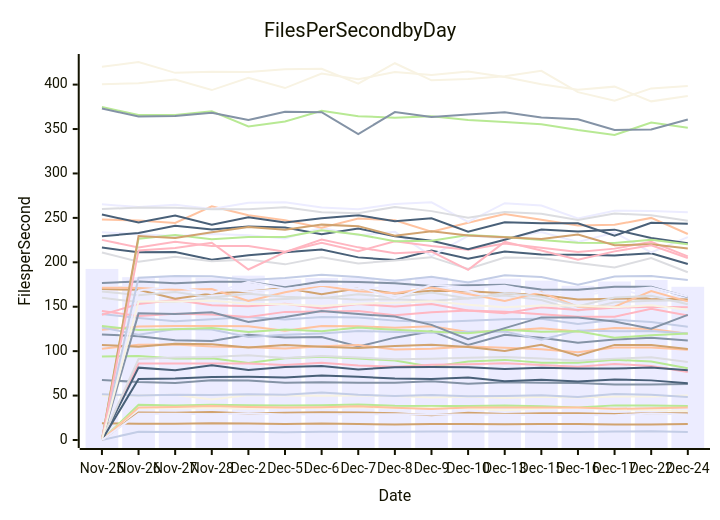
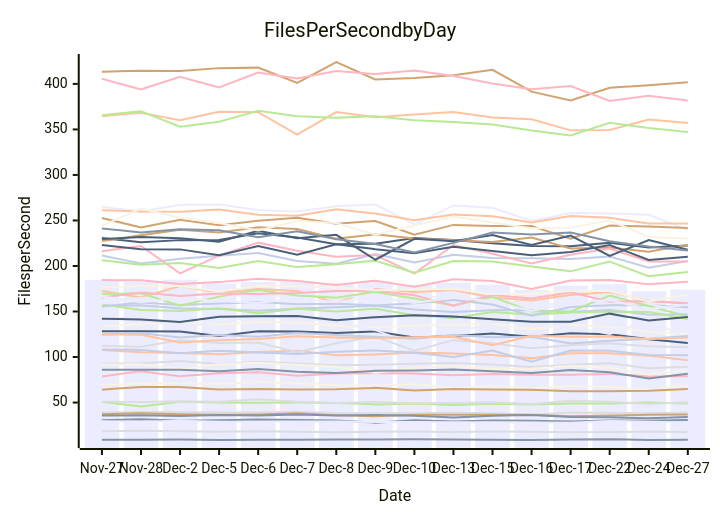
The diagram in perf-report.md (streetsidesoftware/cspell), drawn with Mermaid before and after one commit. The commit also changed other lines of this file and 1 other file, not shown here.

````diff
--- a/perf-report.md
+++ b/perf-report.md
@@ -10,57 +10,57 @@
 ```mermaid
 xychart-beta
     title Files Per Second by Day
     y-axis Files per Second
-    x-axis Date [Nov-25, Nov-26, Nov-27, Nov-28, Dec-2, Dec-5, Dec-6, Dec-7, Dec-8, Dec-9, Dec-10, Dec-13, Dec-15, Dec-16, Dec-17, Dec-22, Dec-24]
-    bar [192.57, 183.27, 184.75, 182.79, 184.99, 180.86, 182.42, 182.83, 180.95, 182.95, 179.19, 181.65, 179.36, 173.64, 178.43, 180.09, 172.48]
-    line [118.80, 116.72, 112.25, 111.37, 118.51, 115.50, 115.87, 105.20, 115.20, 122.48, 107.06, 118.54, 115.18, 109.59, 113.00, 115.03, 111.88]
-    line [124.15, 127.61, 128.38, 128.27, 127.96, 123.07, 128.36, 127.97, 126.37, 128.11, 121.50, 122.96, 125.85, 122.14, 126.07, 124.95, 119.60]
-    line [160.02, 155.33, 155.60, 159.85, 157.03, 158.70, 160.32, 157.97, 158.53, 156.72, 159.18, 162.67, 157.64, 145.39, 155.01, 156.77, 157.19]
-    line [93.97, 94.67, 91.62, 92.04, 86.62, 91.97, 93.82, 91.60, 89.44, 82.46, 88.30, 90.18, 86.83, 87.07, 90.37, 88.26, 80.81]
-    line [18.84, 18.37, 18.41, 18.93, 18.48, 17.91, 18.52, 17.91, 17.46, 17.89, 18.13, 17.78, 18.13, 17.93, 17.37, 17.53, 18.08]
-    line [141.81, 137.38, 133.61, 136.04, 138.47, 135.71, 138.36, 137.92, 134.36, 132.66, 134.27, 135.78, 136.38, 130.55, 135.39, 132.89, 127.54]
-    line [140.96, 153.09, 157.58, 151.62, 150.61, 153.46, 148.08, 152.95, 150.14, 153.13, 145.78, 142.78, 149.53, 146.32, 148.93, 149.89, 149.32]
-    line [216.56, 211.21, 211.52, 202.80, 207.87, 211.25, 214.29, 205.55, 202.50, 213.14, 203.97, 212.22, 208.88, 208.37, 207.77, 210.28, 198.12]
-    line [420.14, 425.45, 413.25, 414.49, 414.13, 417.32, 417.87, 401.19, 424.05, 404.78, 406.35, 409.54, 415.50, 391.53, 381.89, 395.71, 398.52]
-    line [233.95, 231.55, 229.52, 231.73, 230.37, 226.75, 238.77, 230.39, 234.25, 206.87, 229.87, 227.19, 234.07, 222.96, 233.49, 211.10, 228.39]
-    line [67.63, 65.16, 64.17, 67.20, 67.10, 64.34, 65.01, 64.46, 64.51, 66.15, 63.18, 64.91, 64.35, 64.10, 62.51, 62.39, 63.01]
-    line [248.21, 247.03, 244.22, 263.12, 252.89, 247.30, 238.91, 249.28, 247.23, 234.36, 244.44, 254.37, 247.88, 241.35, 242.19, 249.98, 231.90]
-    line [210.97, 200.63, 206.29, 201.28, 203.16, 197.69, 205.56, 198.75, 201.98, 205.78, 192.58, 205.45, 204.82, 199.34, 194.10, 204.78, 188.75]
-    line [374.93, 365.77, 365.67, 369.95, 352.91, 358.41, 370.56, 364.48, 362.78, 364.44, 360.18, 358.05, 355.49, 348.84, 343.31, 357.38, 351.53]
-    line [169.85, 169.02, 158.91, 164.95, 167.24, 171.12, 163.98, 170.66, 165.03, 168.12, 167.40, 165.15, 163.12, 158.04, 158.90, 159.56, 158.26]
-    line [126.69, 118.47, 125.05, 124.39, 115.88, 118.39, 119.81, 122.77, 121.45, 120.76, 121.79, 122.20, 112.97, 123.23, 122.39, 122.57, 119.82]
-    line [225.23, 216.74, 223.01, 218.30, 218.24, 211.89, 221.99, 212.41, 223.76, 218.34, 214.11, 221.23, 216.34, 211.66, 215.40, 222.98, 206.68]
-    line [253.84, 244.86, 252.77, 242.22, 250.75, 244.77, 249.57, 253.00, 246.33, 249.46, 234.43, 245.12, 243.88, 243.97, 230.01, 244.43, 243.32]
-    line [50.21, 50.12, 50.94, 45.60, 50.75, 50.03, 49.80, 49.98, 49.59, 47.97, 48.84, 47.30, 48.59, 47.94, 49.07, 48.96, 49.98]
-    line [265.39, 262.12, 264.70, 259.96, 267.12, 267.54, 261.60, 259.75, 265.50, 267.60, 245.47, 266.55, 263.96, 249.42, 258.13, 257.62, 256.30]
-    line [373.17, 364.09, 364.55, 368.33, 360.08, 369.35, 368.90, 344.39, 369.08, 363.46, 366.29, 369.00, 363.03, 361.09, 348.96, 349.43, 360.81]
-    line [102.72, 107.24, 107.62, 105.35, 104.37, 103.06, 105.64, 106.80, 101.95, 102.69, 105.10, 103.83, 102.19, 98.64, 104.01, 104.04, 101.53]
-    line [259.88, 261.65, 261.27, 259.85, 259.59, 261.91, 256.38, 255.24, 262.31, 257.60, 250.13, 256.58, 254.55, 247.67, 254.88, 252.93, 246.70]
-    line [128.18, 123.81, 124.58, 126.05, 121.44, 124.27, 122.27, 126.51, 124.16, 122.14, 120.17, 124.20, 121.82, 122.30, 114.99, 117.98, 119.98]
-    line [106.99, 105.01, 108.35, 107.81, 104.02, 106.94, 104.99, 103.46, 105.91, 107.21, 104.66, 100.11, 107.13, 94.87, 107.05, 106.83, 102.33]
-    line [51.36, 50.08, 50.94, 50.51, 51.36, 50.85, 53.51, 50.97, 49.51, 50.73, 49.15, 49.54, 50.29, 48.39, 51.90, 50.84, 48.41]
-    line [145.20, 139.52, 142.17, 141.34, 138.40, 144.20, 144.71, 145.14, 140.38, 143.82, 145.78, 144.45, 141.51, 138.80, 138.75, 147.65, 140.01]
-    line [229.25, 233.06, 241.24, 236.91, 240.36, 239.27, 231.52, 238.08, 229.24, 224.19, 214.79, 225.36, 236.86, 234.70, 236.77, 227.25, 221.39]
-    line [400.47, 401.59, 405.72, 393.85, 407.78, 396.11, 412.42, 405.98, 414.20, 410.80, 414.80, 408.65, 400.36, 394.11, 397.72, 381.16, 387.10]
-    line [172.43, 172.30, 165.40, 170.85, 167.09, 169.78, 169.21, 170.29, 172.44, 172.82, 167.78, 156.48, 168.20, 164.35, 171.17, 160.66, 161.47]
-    line [176.75, 178.41, 176.49, 178.04, 178.10, 172.07, 178.26, 177.85, 176.41, 173.41, 174.24, 174.74, 169.36, 169.15, 172.44, 172.46, 160.97]
-    line [171.44, 171.10, 169.17, 169.92, 156.42, 166.33, 173.70, 167.47, 165.08, 171.54, 164.38, 156.51, 166.27, 150.03, 149.99, 167.61, 155.99]
-    line [167.27, 163.00, 166.53, 160.28, 164.60, 161.29, 159.50, 164.08, 160.40, 166.00, 159.37, 165.42, 161.29, 150.68, 160.30, 162.32, 152.82]
-    line [0.00, 39.61, 38.93, 39.59, 39.21, 38.95, 39.16, 39.98, 38.54, 38.36, 38.36, 38.81, 38.12, 36.63, 38.97, 38.70, 38.32]
-    line [0.00, 30.81, 30.58, 31.64, 29.90, 30.63, 31.36, 30.89, 30.17, 27.90, 30.55, 29.22, 30.21, 30.10, 29.27, 30.24, 30.04]
-    line [0.00, 9.27, 9.05, 9.13, 9.38, 8.86, 9.19, 9.24, 9.33, 9.47, 9.61, 9.47, 9.27, 8.94, 9.45, 9.78, 8.90]
-    line [0.00, 86.16, 86.09, 86.12, 86.10, 84.45, 86.85, 83.80, 82.54, 84.79, 85.17, 86.33, 84.51, 82.32, 85.67, 83.25, 76.44]
-    line [0.00, 81.43, 78.64, 84.26, 78.88, 82.13, 83.39, 79.45, 81.95, 82.06, 81.96, 79.96, 81.37, 80.53, 80.51, 81.49, 78.49]
-    line [0.00, 36.09, 35.82, 35.94, 35.10, 36.40, 35.75, 36.91, 35.78, 36.33, 35.41, 33.56, 35.56, 36.21, 34.19, 33.89, 32.69]
-    line [0.00, 168.42, 172.41, 165.34, 178.00, 170.24, 174.62, 172.41, 159.51, 174.62, 171.51, 173.65, 165.49, 162.20, 168.07, 171.52, 161.55]
-    line [0.00, 142.52, 141.79, 143.85, 132.83, 138.36, 145.16, 141.72, 138.92, 129.58, 113.42, 125.88, 138.00, 137.98, 133.31, 125.20, 140.89]
-    line [0.00, 36.55, 37.13, 38.36, 37.28, 36.55, 36.94, 38.11, 36.16, 34.90, 36.59, 36.61, 36.51, 36.62, 35.07, 35.79, 36.55]
-    line [0.00, 91.28, 92.74, 93.28, 95.50, 92.21, 94.67, 92.84, 90.85, 91.43, 92.60, 93.37, 91.85, 89.18, 91.59, 93.06, 87.76]
-    line [0.00, 226.61, 230.78, 225.94, 228.40, 228.42, 235.98, 231.28, 223.81, 224.38, 230.73, 228.56, 225.00, 222.02, 221.71, 225.51, 220.33]
-    line [0.00, 229.54, 227.35, 233.78, 239.72, 236.67, 242.41, 240.69, 229.87, 234.86, 230.17, 228.31, 226.27, 231.21, 219.13, 220.31, 215.56]
-    line [0.00, 182.52, 184.50, 184.37, 180.13, 182.27, 185.97, 183.39, 179.18, 183.86, 177.29, 185.44, 183.45, 174.84, 184.02, 184.52, 180.06]
-    line [0.00, 213.37, 216.21, 222.03, 191.91, 211.40, 225.62, 216.82, 210.15, 212.06, 191.55, 223.01, 213.39, 202.82, 212.32, 219.19, 204.86]
-    line [0.00, 68.63, 69.18, 70.98, 71.07, 70.27, 72.65, 71.06, 69.32, 68.69, 70.43, 66.11, 67.91, 65.71, 68.06, 67.11, 63.78]
-    line [0.00, 155.81, 155.95, 156.73, 153.23, 152.74, 150.88, 153.33, 154.58, 156.25, 152.15, 149.54, 151.43, 151.38, 149.35, 151.56, 146.50]
-    line [0.00, 29.62, 29.42, 28.97, 30.07, 28.83, 29.04, 29.09, 29.10, 28.75, 28.65, 28.35, 28.26, 28.09, 27.81, 29.86, 28.77]
+    x-axis Date [Nov-27, Nov-28, Dec-2, Dec-5, Dec-6, Dec-7, Dec-8, Dec-9, Dec-10, Dec-13, Dec-15, Dec-16, Dec-17, Dec-22, Dec-24, Dec-27]
+    bar [184.75, 182.79, 184.99, 180.86, 182.42, 182.83, 180.95, 182.95, 179.19, 181.65, 179.36, 173.64, 178.43, 180.09, 172.48, 173.99]
+    line [9.05, 9.13, 9.38, 8.86, 9.19, 9.24, 9.33, 9.47, 9.61, 9.47, 9.27, 8.94, 9.45, 9.78, 8.90, 9.11]
+    line [107.62, 105.35, 104.37, 103.06, 105.64, 106.80, 101.95, 102.69, 105.10, 103.83, 102.19, 98.64, 104.01, 104.04, 101.53, 96.57]
+    line [112.25, 111.37, 118.51, 115.50, 115.87, 105.20, 115.20, 122.48, 107.06, 118.54, 115.18, 109.59, 113.00, 115.03, 111.88, 110.71]
+    line [50.94, 45.60, 50.75, 50.03, 49.80, 49.98, 49.59, 47.97, 48.84, 47.30, 48.59, 47.94, 49.07, 48.96, 49.98, 48.90]
+    line [413.25, 414.49, 414.13, 417.32, 417.87, 401.19, 424.05, 404.78, 406.35, 409.54, 415.50, 391.53, 381.89, 395.71, 398.52, 401.73]
+    line [155.95, 156.73, 153.23, 152.74, 150.88, 153.33, 154.58, 156.25, 152.15, 149.54, 151.43, 151.38, 149.35, 151.56, 146.50, 147.07]
+    line [184.50, 184.37, 180.13, 182.27, 185.97, 183.39, 179.18, 183.86, 177.29, 185.44, 183.45, 174.84, 184.02, 184.52, 180.06, 182.60]
+    line [128.38, 128.27, 127.96, 123.07, 128.36, 127.97, 126.37, 128.11, 121.50, 122.96, 125.85, 122.14, 126.07, 124.95, 119.60, 115.33]
+    line [69.18, 70.98, 71.07, 70.27, 72.65, 71.06, 69.32, 68.69, 70.43, 66.11, 67.91, 65.71, 68.06, 67.11, 63.78, 69.09]
+    line [264.70, 259.96, 267.12, 267.54, 261.60, 259.75, 265.50, 267.60, 245.47, 266.55, 263.96, 249.42, 258.13, 257.62, 256.30, 239.83]
+    line [30.58, 31.64, 29.90, 30.63, 31.36, 30.89, 30.17, 27.90, 30.55, 29.22, 30.21, 30.10, 29.27, 30.24, 30.04, 30.93]
+    line [364.55, 368.33, 360.08, 369.35, 368.90, 344.39, 369.08, 363.46, 366.29, 369.00, 363.03, 361.09, 348.96, 349.43, 360.81, 357.17]
+    line [38.93, 39.59, 39.21, 38.95, 39.16, 39.98, 38.54, 38.36, 38.36, 38.81, 38.12, 36.63, 38.97, 38.70, 38.32, 38.99]
+    line [157.58, 151.62, 150.61, 153.46, 148.08, 152.95, 150.14, 153.13, 145.78, 142.78, 149.53, 146.32, 148.93, 149.89, 149.32, 141.78]
+    line [37.13, 38.36, 37.28, 36.55, 36.94, 38.11, 36.16, 34.90, 36.59, 36.61, 36.51, 36.62, 35.07, 35.79, 36.55, 36.80]
+    line [155.60, 159.85, 157.03, 158.70, 160.32, 157.97, 158.53, 156.72, 159.18, 162.67, 157.64, 145.39, 155.01, 156.77, 157.19, 154.59]
+    line [78.64, 84.26, 78.88, 82.13, 83.39, 79.45, 81.95, 82.06, 81.96, 79.96, 81.37, 80.53, 80.51, 81.49, 78.49, 78.94]
+    line [230.78, 225.94, 228.40, 228.42, 235.98, 231.28, 223.81, 224.38, 230.73, 228.56, 225.00, 222.02, 221.71, 225.51, 220.33, 222.57]
+    line [133.61, 136.04, 138.47, 135.71, 138.36, 137.92, 134.36, 132.66, 134.27, 135.78, 136.38, 130.55, 135.39, 132.89, 127.54, 125.14]
+    line [141.79, 143.85, 132.83, 138.36, 145.16, 141.72, 138.92, 129.58, 113.42, 125.88, 138.00, 137.98, 133.31, 125.20, 140.89, 120.11]
+    line [35.82, 35.94, 35.10, 36.40, 35.75, 36.91, 35.78, 36.33, 35.41, 33.56, 35.56, 36.21, 34.19, 33.89, 32.69, 34.14]
+    line [261.27, 259.85, 259.59, 261.91, 256.38, 255.24, 262.31, 257.60, 250.13, 256.58, 254.55, 247.67, 254.88, 252.93, 246.70, 246.73]
+    line [92.74, 93.28, 95.50, 92.21, 94.67, 92.84, 90.85, 91.43, 92.60, 93.37, 91.85, 89.18, 91.59, 93.06, 87.76, 89.30]
+    line [365.67, 369.95, 352.91, 358.41, 370.56, 364.48, 362.78, 364.44, 360.18, 358.05, 355.49, 348.84, 343.31, 357.38, 351.53, 347.27]
+    line [227.35, 233.78, 239.72, 236.67, 242.41, 240.69, 229.87, 234.86, 230.17, 228.31, 226.27, 231.21, 219.13, 220.31, 215.56, 223.28]
+    line [211.52, 202.80, 207.87, 211.25, 214.29, 205.55, 202.50, 213.14, 203.97, 212.22, 208.88, 208.37, 207.77, 210.28, 198.12, 205.48]
+    line [216.21, 222.03, 191.91, 211.40, 225.62, 216.82, 210.15, 212.06, 191.55, 223.01, 213.39, 202.82, 212.32, 219.19, 204.86, 204.81]
+    line [223.01, 218.30, 218.24, 211.89, 221.99, 212.41, 223.76, 218.34, 214.11, 221.23, 216.34, 211.66, 215.40, 222.98, 206.68, 210.26]
+    line [91.62, 92.04, 86.62, 91.97, 93.82, 91.60, 89.44, 82.46, 88.30, 90.18, 86.83, 87.07, 90.37, 88.26, 80.81, 85.61]
+    line [29.42, 28.97, 30.07, 28.83, 29.04, 29.09, 29.10, 28.75, 28.65, 28.35, 28.26, 28.09, 27.81, 29.86, 28.77, 28.11]
+    line [86.09, 86.12, 86.10, 84.45, 86.85, 83.80, 82.54, 84.79, 85.17, 86.33, 84.51, 82.32, 85.67, 83.25, 76.44, 81.58]
+    line [172.41, 165.34, 178.00, 170.24, 174.62, 172.41, 159.51, 174.62, 171.51, 173.65, 165.49, 162.20, 168.07, 171.52, 161.55, 158.43]
+    line [18.41, 18.93, 18.48, 17.91, 18.52, 17.91, 17.46, 17.89, 18.13, 17.78, 18.13, 17.93, 17.37, 17.53, 18.08, 17.63]
+    line [206.29, 201.28, 203.16, 197.69, 205.56, 198.75, 201.98, 205.78, 192.58, 205.45, 204.82, 199.34, 194.10, 204.78, 188.75, 193.39]
+    line [252.77, 242.22, 250.75, 244.77, 249.57, 253.00, 246.33, 249.46, 234.43, 245.12, 243.88, 243.97, 230.01, 244.43, 243.32, 241.83]
+    line [124.58, 126.05, 121.44, 124.27, 122.27, 126.51, 124.16, 122.14, 120.17, 124.20, 121.82, 122.30, 114.99, 117.98, 119.98, 123.02]
+    line [405.72, 393.85, 407.78, 396.11, 412.42, 405.98, 414.20, 410.80, 414.80, 408.65, 400.36, 394.11, 397.72, 381.16, 387.10, 381.78]
+    line [229.52, 231.73, 230.37, 226.75, 238.77, 230.39, 234.25, 206.87, 229.87, 227.19, 234.07, 222.96, 233.49, 211.10, 228.39, 217.76]
+    line [244.22, 263.12, 252.89, 247.30, 238.91, 249.28, 247.23, 234.36, 244.44, 254.37, 247.88, 241.35, 242.19, 249.98, 231.90, 230.13]
+    line [158.91, 164.95, 167.24, 171.12, 163.98, 170.66, 165.03, 168.12, 167.40, 165.15, 163.12, 158.04, 158.90, 159.56, 158.26, 148.92]
+    line [241.24, 236.91, 240.36, 239.27, 231.52, 238.08, 229.24, 224.19, 214.79, 225.36, 236.86, 234.70, 236.77, 227.25, 221.39, 217.03]
+    line [125.05, 124.39, 115.88, 118.39, 119.81, 122.77, 121.45, 120.76, 121.79, 122.20, 112.97, 123.23, 122.39, 122.57, 119.82, 121.51]
+    line [50.94, 50.51, 51.36, 50.85, 53.51, 50.97, 49.51, 50.73, 49.15, 49.54, 50.29, 48.39, 51.90, 50.84, 48.41, 50.22]
+    line [169.17, 169.92, 156.42, 166.33, 173.70, 167.47, 165.08, 171.54, 164.38, 156.51, 166.27, 150.03, 149.99, 167.61, 155.99, 144.56]
+    line [64.17, 67.20, 67.10, 64.34, 65.01, 64.46, 64.51, 66.15, 63.18, 64.91, 64.35, 64.10, 62.51, 62.39, 63.01, 64.85]
+    line [108.35, 107.81, 104.02, 106.94, 104.99, 103.46, 105.91, 107.21, 104.66, 100.11, 107.13, 94.87, 107.05, 106.83, 102.33, 101.88]
+    line [165.40, 170.85, 167.09, 169.78, 169.21, 170.29, 172.44, 172.82, 167.78, 156.48, 168.20, 164.35, 171.17, 160.66, 161.47, 159.05]
+    line [142.17, 141.34, 138.40, 144.20, 144.71, 145.14, 140.38, 143.82, 145.78, 144.45, 141.51, 138.80, 138.75, 147.65, 140.01, 144.09]
+    line [176.49, 178.04, 178.10, 172.07, 178.26, 177.85, 176.41, 173.41, 174.24, 174.74, 169.36, 169.15, 172.44, 172.46, 160.97, 168.46]
+    line [166.53, 160.28, 164.60, 161.29, 159.50, 164.08, 160.40, 166.00, 159.37, 165.42, 161.29, 150.68, 160.30, 162.32, 152.82, 157.38]
 ```
````
